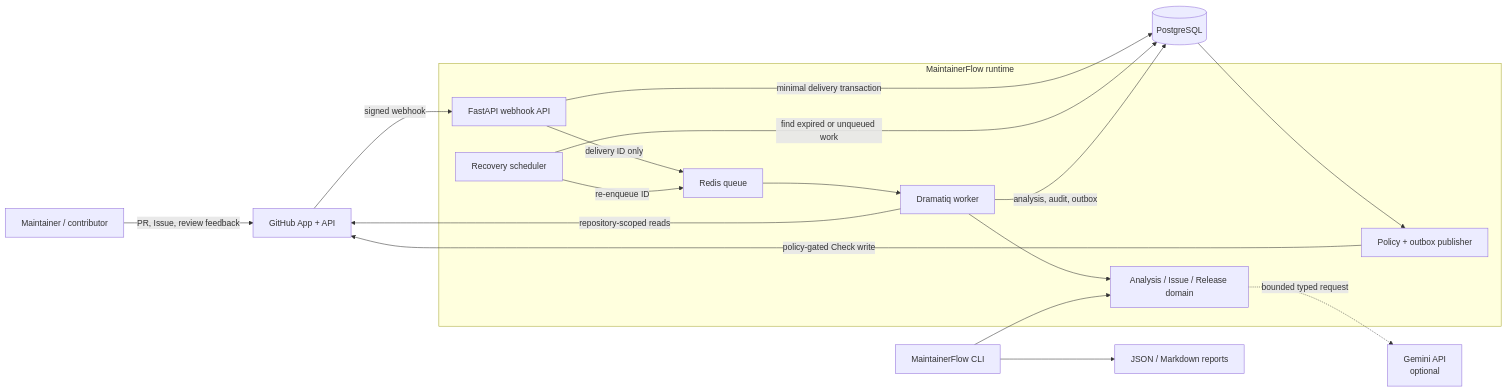
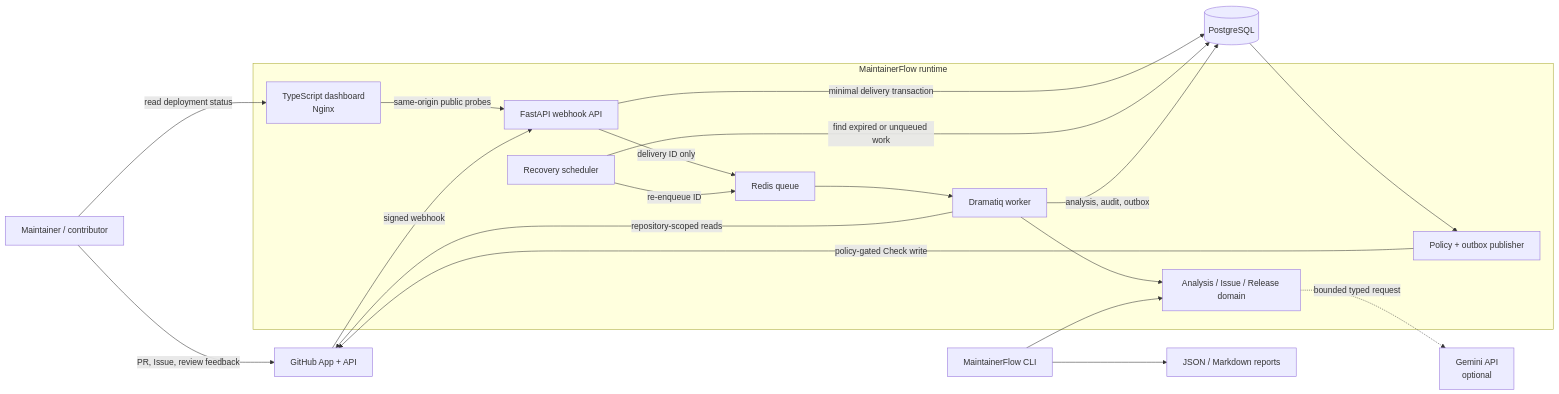
The first of 2 diagrams in docs/architecture.md (sinh2206/MaintainerFlow), drawn with Mermaid before and after one commit. The commit also changed other lines of this file and 122 other files, not shown here.

````diff
--- a/docs/architecture.md
+++ b/docs/architecture.md
@@ -28,35 +30,38 @@
 ```mermaid
 flowchart LR
     User[Maintainer / contributor]
     GitHub[GitHub App + API]
     Gemini[Gemini API<br/>optional]
 
     subgraph Runtime[MaintainerFlow runtime]
+        Frontend[TypeScript dashboard<br/>Nginx]
         API[FastAPI webhook API]
         Queue[Redis queue]
         Worker[Dramatiq worker]
         Recovery[Recovery scheduler]
         Domain[Analysis / Issue / Release domain]
         Publisher[Policy + outbox publisher]
     end
 
     DB[(PostgreSQL)]
     CLI[MaintainerFlow CLI]
     Reports[JSON / Markdown reports]
 
     User -->|PR, Issue, review feedback| GitHub
+    User -->|read deployment status| Frontend
+    Frontend -->|same-origin public probes| API
     GitHub -->|signed webhook| API
     API -->|minimal delivery transaction| DB
     API -->|delivery ID only| Queue
     Queue --> Worker
     Recovery -->|find expired or unqueued work| DB
     Recovery -->|re-enqueue ID| Queue
     Worker -->|repository-scoped reads| GitHub
     Worker --> Domain
     Domain -.->|bounded typed request| Gemini
     Worker -->|analysis, audit, outbox| DB
     DB --> Publisher
     Publisher -->|policy-gated Check write| GitHub
     CLI --> Domain
     CLI --> Reports
 ```
````
